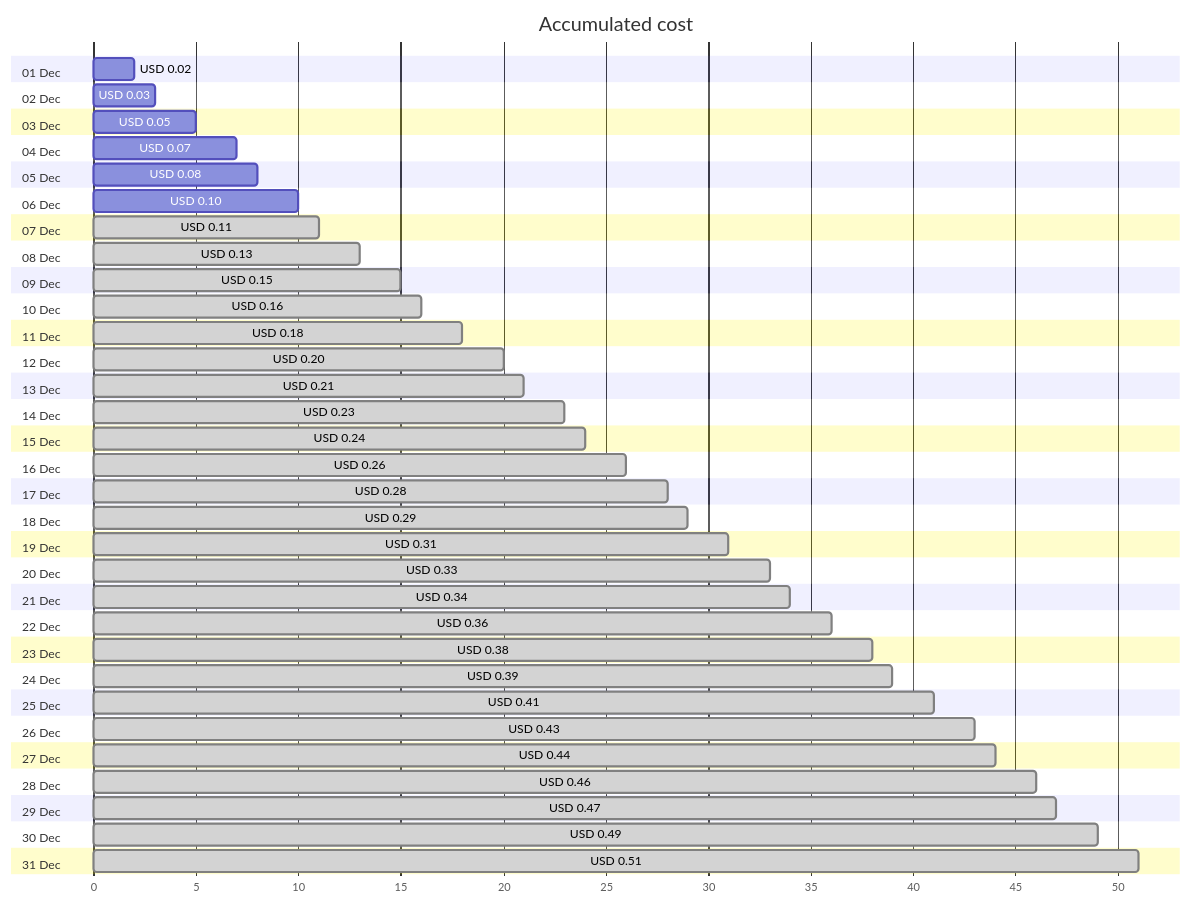
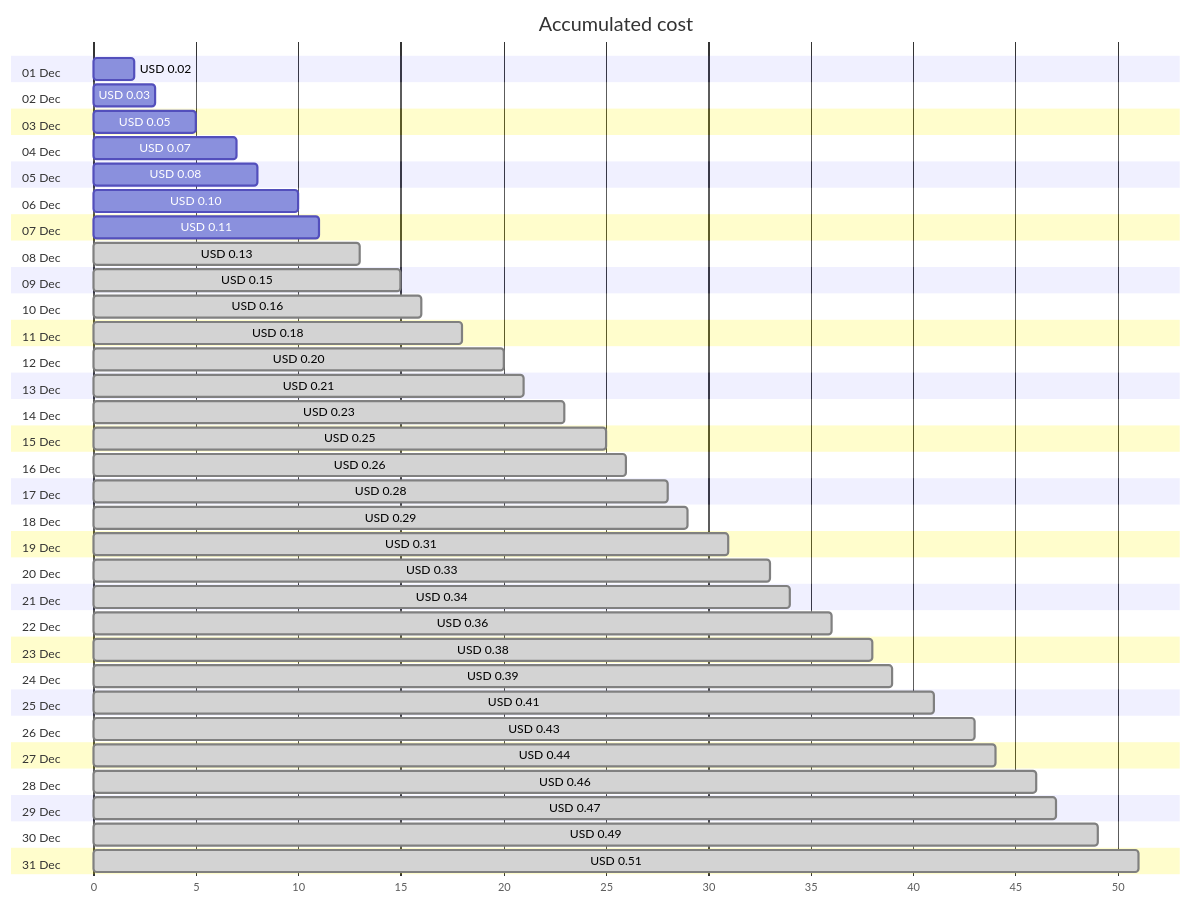
The first of 4 diagrams in cost-reports/personal-dns/jpatrickfulton.dev.md (jpfulton/azure-personal-reports), drawn with Mermaid before and after one commit. The commit also changed other lines of this file and 2 other files, not shown here.

````diff
--- a/cost-reports/personal-dns/jpatrickfulton.dev.md
+++ b/cost-reports/personal-dns/jpatrickfulton.dev.md
@@ -20,68 +20,68 @@
 ```mermaid
 gantt
    title Accumulated cost
    dateFormat  X
    axisFormat %s
    section 01 Dec
    USD 0.02 :0, 2
    section 02 Dec
    USD 0.03 :0, 3
    section 03 Dec
    USD 0.05 :0, 5
    section 04 Dec
    USD 0.07 :0, 7
    section 05 Dec
    USD 0.08 :0, 8
    section 06 Dec
    USD 0.10 :0, 10
    section 07 Dec
-   USD 0.11 : done, 0, 11
+   USD 0.11 :0, 11
    section 08 Dec
    USD 0.13 : done, 0, 13
    section 09 Dec
    USD 0.15 : done, 0, 15
    section 10 Dec
    USD 0.16 : done, 0, 16
    section 11 Dec
    USD 0.18 : done, 0, 18
    section 12 Dec
    USD 0.20 : done, 0, 20
    section 13 Dec
    USD 0.21 : done, 0, 21
    section 14 Dec
    USD 0.23 : done, 0, 23
    section 15 Dec
-   USD 0.24 : done, 0, 24
+   USD 0.25 : done, 0, 25
    section 16 Dec
    USD 0.26 : done, 0, 26
    section 17 Dec
    USD 0.28 : done, 0, 28
    section 18 Dec
    USD 0.29 : done, 0, 29
    section 19 Dec
    USD 0.31 : done, 0, 31
    section 20 Dec
    USD 0.33 : done, 0, 33
    section 21 Dec
    USD 0.34 : done, 0, 34
    section 22 Dec
    USD 0.36 : done, 0, 36
    section 23 Dec
    USD 0.38 : done, 0, 38
    section 24 Dec
    USD 0.39 : done, 0, 39
    section 25 Dec
    USD 0.41 : done, 0, 41
    section 26 Dec
    USD 0.43 : done, 0, 43
    section 27 Dec
    USD 0.44 : done, 0, 44
    section 28 Dec
    USD 0.46 : done, 0, 46
    section 29 Dec
    USD 0.47 : done, 0, 47
    section 30 Dec
    USD 0.49 : done, 0, 49
    section 31 Dec
    USD 0.51 : done, 0, 51
 ```
````
